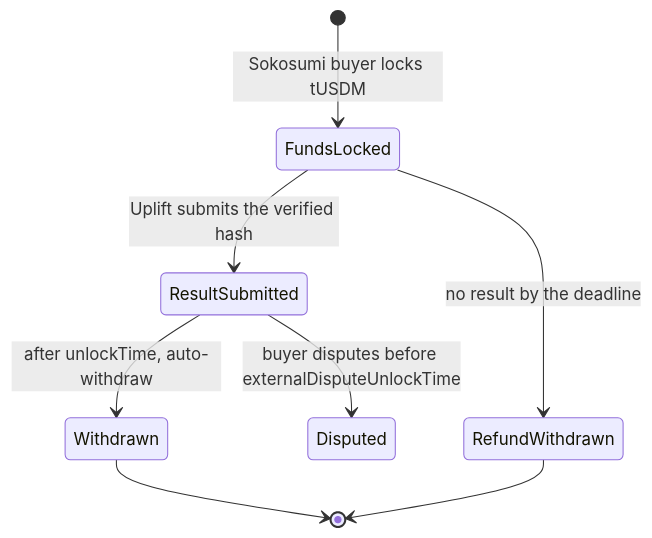
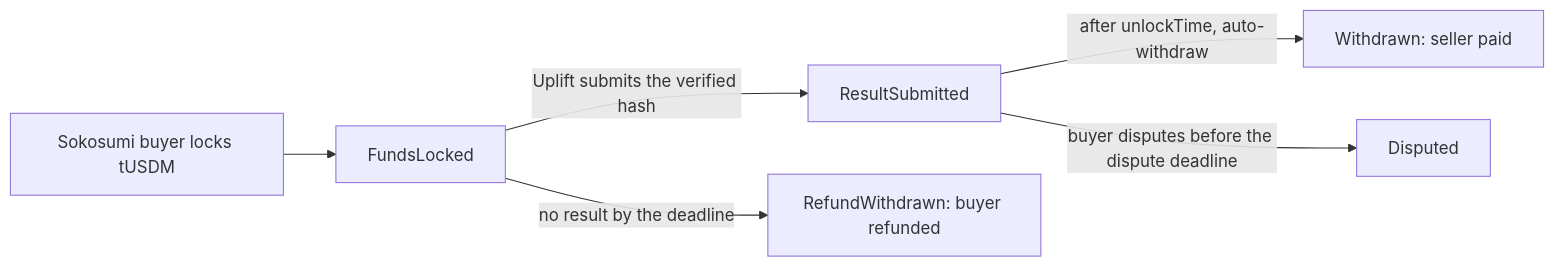
Diagram 13 of 15 in README.md (Marshal-AM/Uplift), drawn with Mermaid before and after one commit. The commit also changed other lines of this file, not shown here.

First line of the commit message:
README: Uplift on Cardano, Shopify and Google Ads, with on-chain proof

````diff
--- a/README.md
+++ b/README.md
@@ -1535,10 +1391,8 @@
 ```mermaid
-stateDiagram-v2
-  [*] --> FundsLocked: Sokosumi buyer locks tUSDM
-  FundsLocked --> ResultSubmitted: Uplift submits the verified hash
-  FundsLocked --> RefundWithdrawn: no result by the deadline
-  ResultSubmitted --> Withdrawn: after unlockTime, auto-withdraw
-  ResultSubmitted --> Disputed: buyer disputes before externalDisputeUnlockTime
-  Withdrawn --> [*]
-  RefundWithdrawn --> [*]
+flowchart LR
+  A[Sokosumi buyer locks tUSDM] --> B[FundsLocked]
+  B -->|Uplift submits the verified hash| C[ResultSubmitted]
+  B -->|no result by the deadline| D[RefundWithdrawn: buyer refunded]
+  C -->|after unlockTime, auto-withdraw| E[Withdrawn: seller paid]
+  C -->|buyer disputes before the dispute deadline| F[Disputed]
 ```
````
